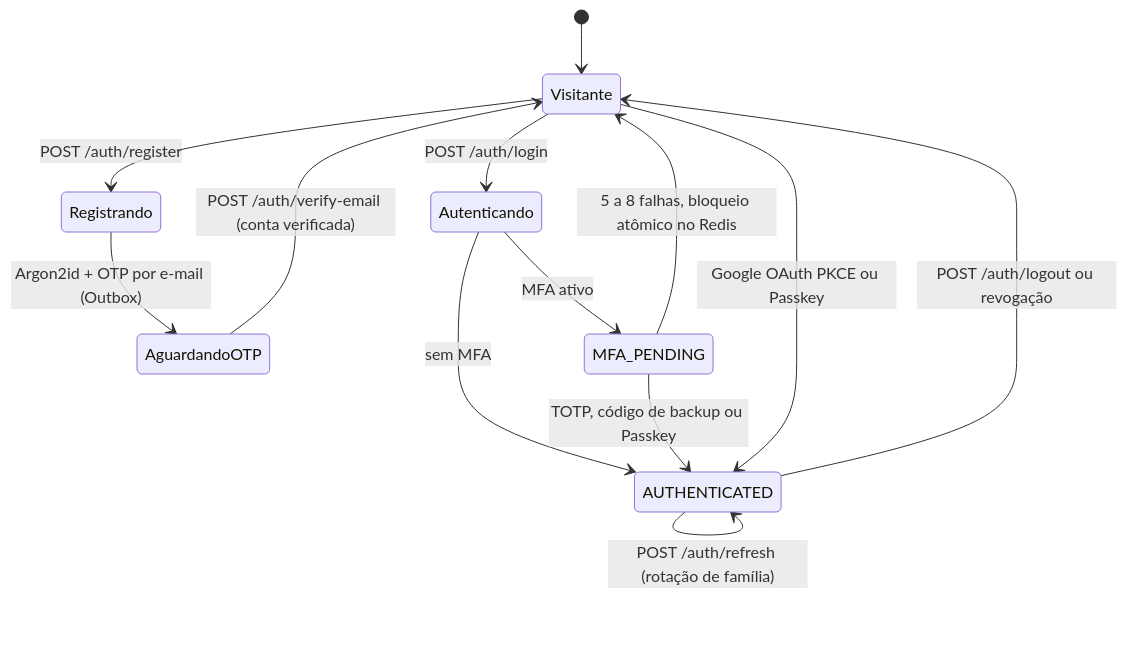
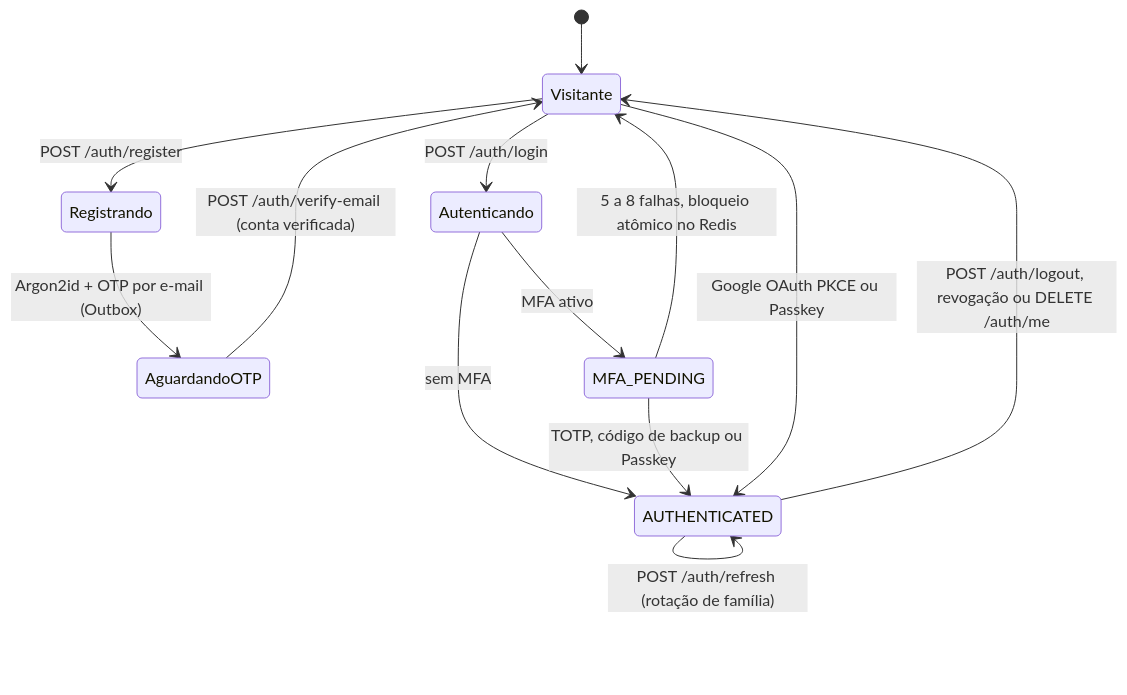
The fifth of 12 diagrams in README.md (Digooow/pokedex-frontend), drawn with Mermaid before and after one commit. The commit also changed other lines of this file and 60 other files, not shown here.

````diff
--- a/README.md
+++ b/README.md
@@ -329,15 +329,15 @@
 ```mermaid
 stateDiagram-v2
   [*] --> Visitante
   Visitante --> Registrando: POST /auth/register
   Registrando --> AguardandoOTP: Argon2id + OTP por e-mail (Outbox)
   AguardandoOTP --> Visitante: POST /auth/verify-email (conta verificada)
   Visitante --> Autenticando: POST /auth/login
   Autenticando --> AUTHENTICATED: sem MFA
   Autenticando --> MFA_PENDING: MFA ativo
   MFA_PENDING --> AUTHENTICATED: TOTP, código de backup ou Passkey
   MFA_PENDING --> Visitante: 5 a 8 falhas, bloqueio atômico no Redis
   Visitante --> AUTHENTICATED: Google OAuth PKCE ou Passkey
   AUTHENTICATED --> AUTHENTICATED: POST /auth/refresh (rotação de família)
-  AUTHENTICATED --> Visitante: POST /auth/logout ou revogação
+  AUTHENTICATED --> Visitante: POST /auth/logout, revogação ou DELETE /auth/me
 ```
````
